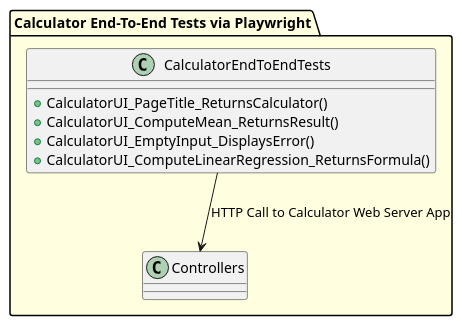
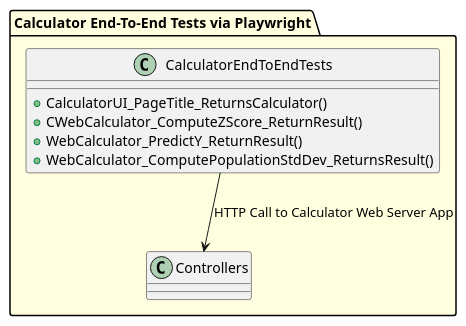
The diagram in mardown/EndtoEndUML.puml (ninuljaja/SWE3643-Fall2024-Project), drawn with PlantUML before and after one commit.

```diff
--- a/mardown/EndtoEndUML.puml
+++ b/mardown/EndtoEndUML.puml
@@ -1,13 +1,13 @@
 @startuml
 allowmixing
 package "Calculator End-To-End Tests via Playwright" #lightyellow {
     class CalculatorEndToEndTests {
         + CalculatorUI_PageTitle_ReturnsCalculator()
-        + CalculatorUI_ComputeMean_ReturnsResult()
-        + CalculatorUI_EmptyInput_DisplaysError()
-        + CalculatorUI_ComputeLinearRegression_ReturnsFormula()
+        + CWebCalculator_ComputeZScore_ReturnResult()
+        + WebCalculator_PredictY_ReturnResult()
+        + WebCalculator_ComputePopulationStdDev_ReturnsResult()
     }
 
     CalculatorEndToEndTests --> Controllers : HTTP Call to Calculator Web Server App
 }
 @enduml
```
